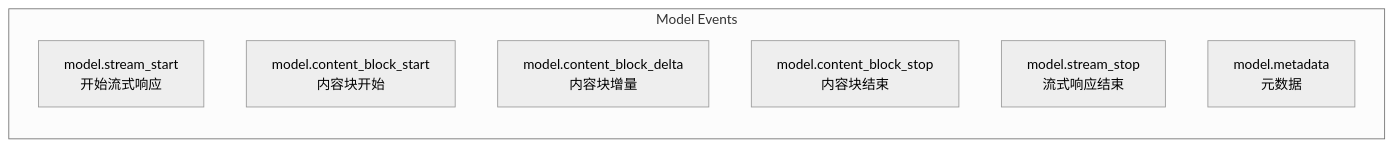
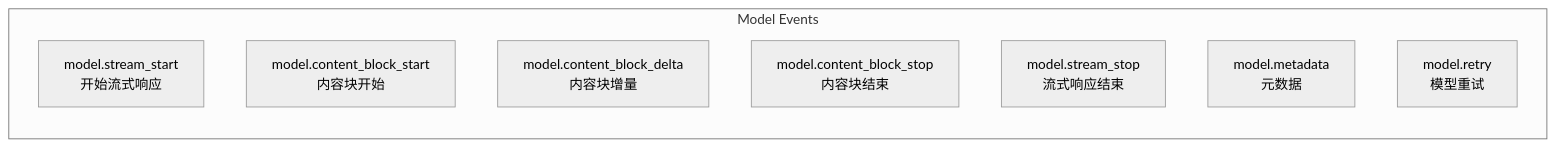
Before and after one commit to whywwhhyy/hawi: the second of 5 diagrams in docs/event_system.md, drawn with Mermaid (neutral theme). The commit also changed 4 other files, not shown here.

First line of the commit message:
feat(events): add ModelRetryEvent for retry tracking

````diff
--- a/docs/event_system.md
+++ b/docs/event_system.md
@@ -132,11 +132,12 @@
 ```mermaid
 graph LR
     subgraph ModelEvents["Model Events"]
         MS["model.stream_start<br/>开始流式响应"]
         MCS["model.content_block_start<br/>内容块开始"]
         MCD["model.content_block_delta<br/>内容块增量"]
         MCE["model.content_block_stop<br/>内容块结束"]
         ME["model.stream_stop<br/>流式响应结束"]
         MM["model.metadata<br/>元数据"]
+        MR["model.retry<br/>模型重试"]
     end
 ```
````
